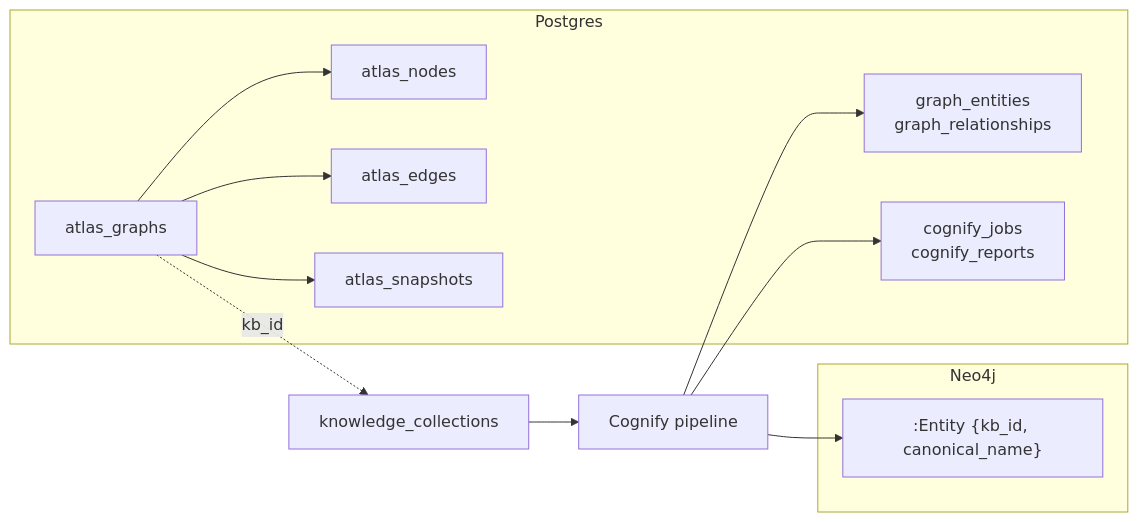
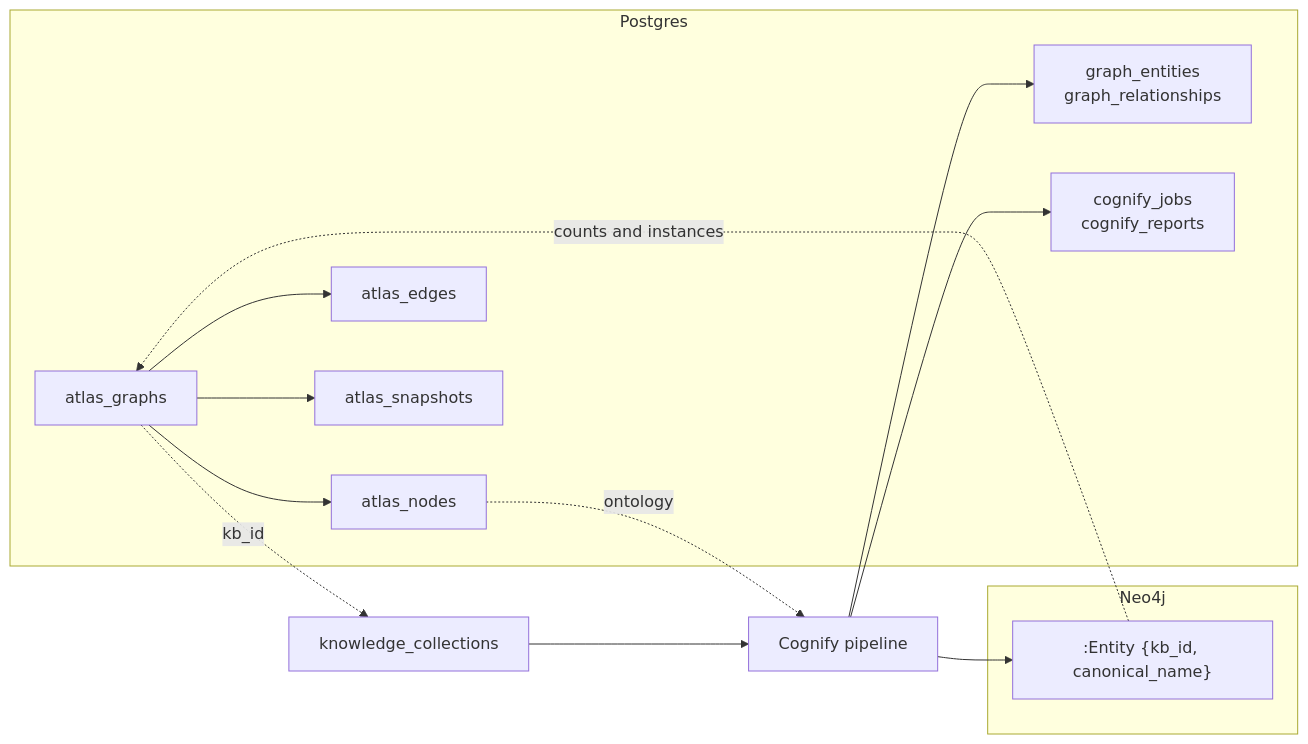
One commit to sarkar4777/abenix changed the diagram in apps/web/public/dev-docs/01-architecture/06-atlas-knowledge-engine.md. Above: the diagram before and after it, drawn with Mermaid. The commit also changed other lines of this file and 223 other files, not shown here.

````diff
--- a/apps/web/public/dev-docs/01-architecture/06-atlas-knowledge-engine.md
+++ b/apps/web/public/dev-docs/01-architecture/06-atlas-knowledge-engine.md
@@ -10,18 +32,20 @@
 ```mermaid
 flowchart LR
   subgraph PG[Postgres]
     AG[atlas_graphs] --> AN[atlas_nodes]
     AG --> AE[atlas_edges]
     AG --> AS[atlas_snapshots]
     GE[graph_entities<br/>graph_relationships]
     CJ[cognify_jobs<br/>cognify_reports]
   end
   subgraph N4J[Neo4j]
     EN[":Entity {kb_id, canonical_name}"]
   end
   AG -. kb_id .-> KB[knowledge_collections]
   KB --> CP[Cognify pipeline]
+  AN -. ontology .-> CP
+  EN -. counts and instances .-> AG
   CP --> EN
   CP --> GE
   CP --> CJ
 ```
````
